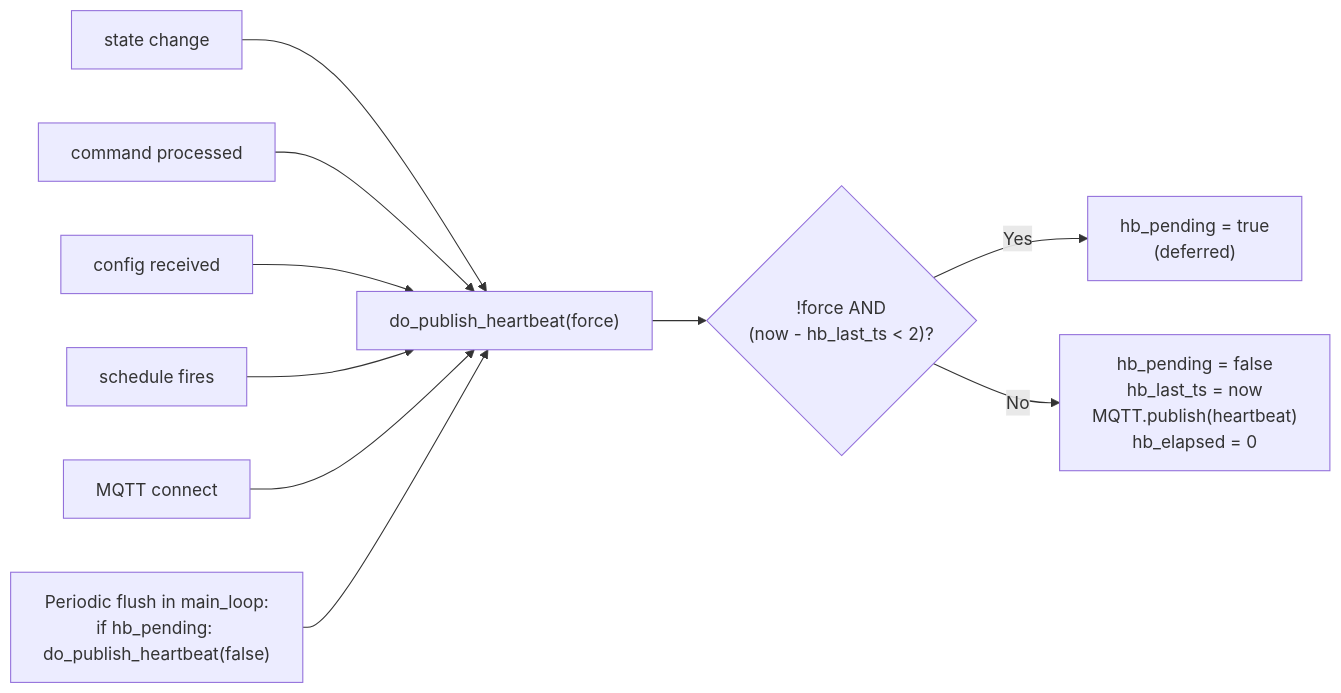
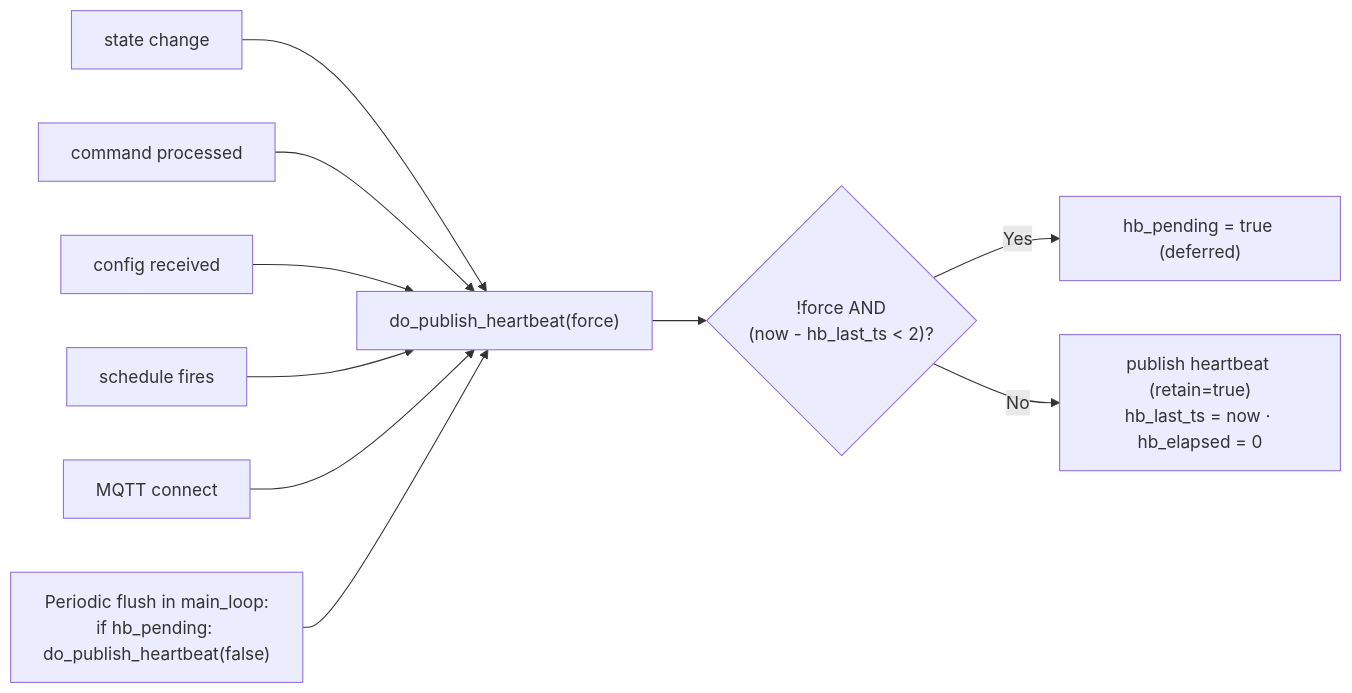
One commit to Laffs2k5/shelly-coffee-timer changed the fifth of 9 diagrams in docs/ARCHITECTURE.md. Above: the diagram before and after it, drawn with Mermaid. The commit also changed other lines of this file and 36 other files, not shown here.

````diff
--- a/docs/ARCHITECTURE.md
+++ b/docs/ARCHITECTURE.md
@@ -72,15 +174,15 @@
 ```mermaid
 flowchart LR
     E1[state change] --> Debounce
     E2[command processed] --> Debounce
     E3[config received] --> Debounce
     E4[schedule fires] --> Debounce
     E5[MQTT connect] --> Debounce
 
     Debounce["do_publish_heartbeat(force)"]
     Debounce --> Check{"!force AND<br/>(now - hb_last_ts < 2)?"}
-    Check -->|Yes| Defer["hb_pending = true<br/>(deferred)"]
-    Check -->|No| Publish["hb_pending = false<br/>hb_last_ts = now<br/>MQTT.publish(heartbeat)<br/>hb_elapsed = 0"]
+    Check -->|Yes| Defer["hb_pending = true (deferred)"]
+    Check -->|No| Publish["publish heartbeat (retain=true)<br/>hb_last_ts = now · hb_elapsed = 0"]
 
     Flush["Periodic flush in main_loop:<br/>if hb_pending: do_publish_heartbeat(false)"] --> Debounce
 ```
````
